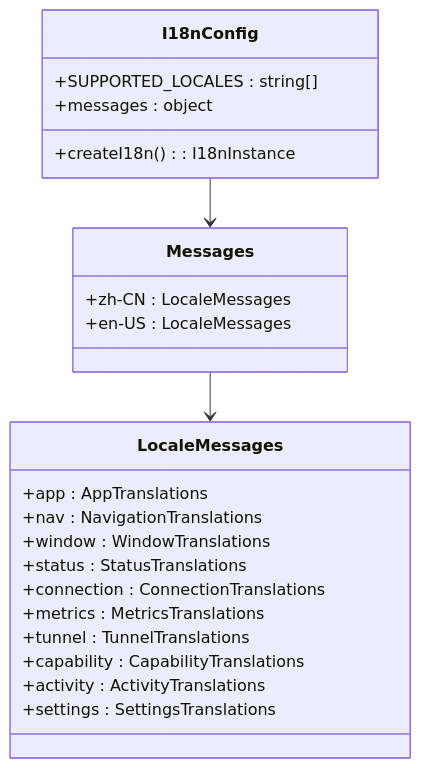
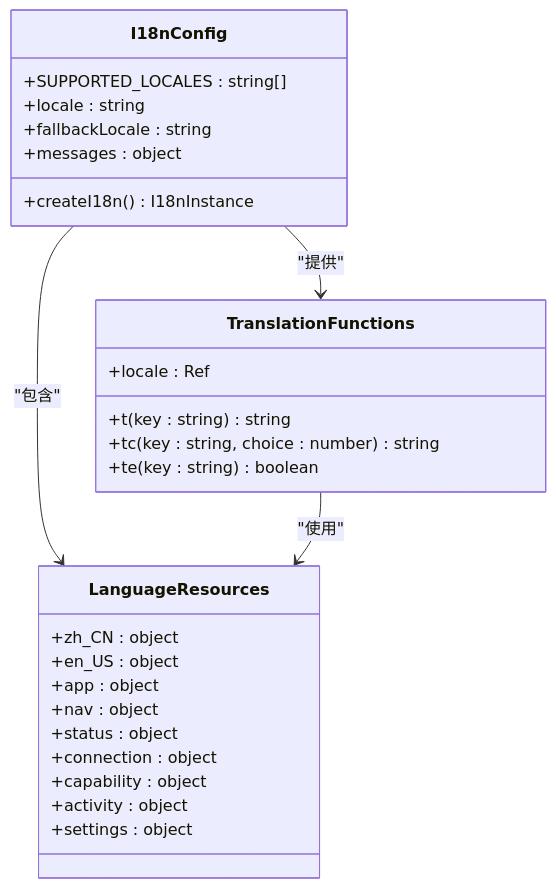
The third of 6 diagrams in .qoder/repowiki/zh/content/桌面端应用/前端界面系统/国际化系统.md (itsharex/NexTunnel), drawn with Mermaid before and after one commit. The commit also changed other lines of this file and 48 other files, not shown here.

````diff
--- a/.qoder/repowiki/zh/content/桌面端应用/前端界面系统/国际化系统.md
+++ b/.qoder/repowiki/zh/content/桌面端应用/前端界面系统/国际化系统.md
@@ -137,26 +119,30 @@
 ```mermaid
 classDiagram
 class I18nConfig {
 +SUPPORTED_LOCALES : string[]
++locale : string
++fallbackLocale : string
 +messages : object
-+createI18n() : I18nInstance
++createI18n() I18nInstance
 }
-class Messages {
-+zh-CN : LocaleMessages
-+en-US : LocaleMessages
+class TranslationFunctions {
++t(key : string) string
++tc(key : string, choice : number) string
++te(key : string) boolean
++locale : Ref<string>
 }
-class LocaleMessages {
-+app : AppTranslations
-+nav : NavigationTranslations
-+window : WindowTranslations
-+status : StatusTranslations
-+connection : ConnectionTranslations
-+metrics : MetricsTranslations
-+tunnel : TunnelTranslations
-+capability : CapabilityTranslations
-+activity : ActivityTranslations
-+settings : SettingsTranslations
+class LanguageResources {
++zh_CN : object
++en_US : object
++app : object
++nav : object
++status : object
++connection : object
++capability : object
++activity : object
++settings : object
 }
-I18nConfig --> Messages
-Messages --> LocaleMessages
+I18nConfig --> TranslationFunctions : "提供"
+I18nConfig --> LanguageResources : "包含"
+TranslationFunctions --> LanguageResources : "使用"
 ```
````
